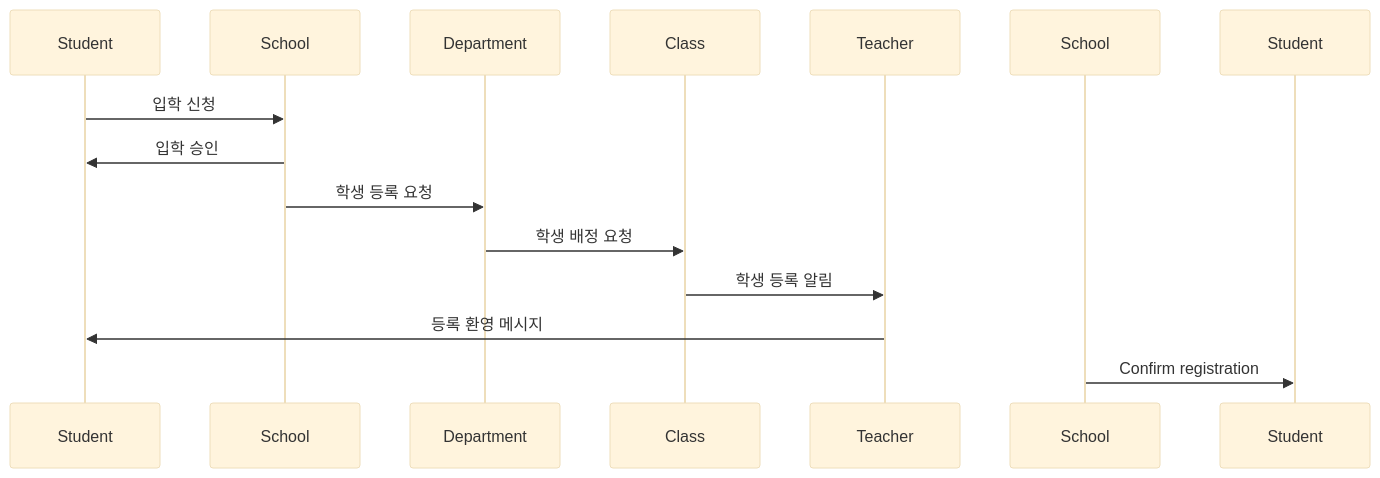
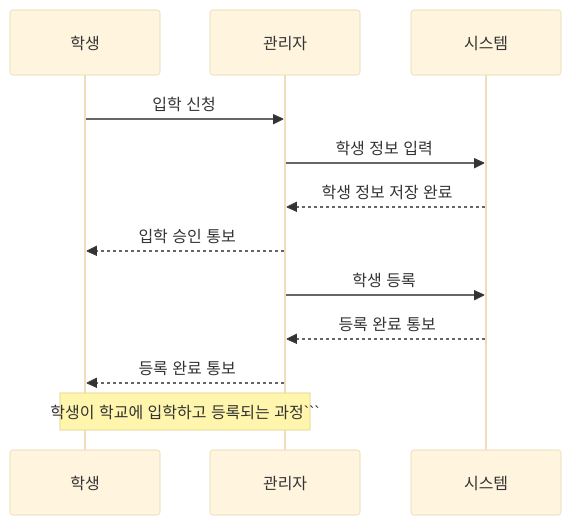
One commit to oasishun/book-ai-pair-programming changed the third of 3 diagrams in 07/README.md. Above: the diagram before and after it, drawn with Mermaid (base theme). The commit also changed other lines of this file and 3 other files, not shown here.

````diff
--- a/07/README.md
+++ b/07/README.md
@@ -77,15 +98,16 @@
 ```mermaid
 sequenceDiagram
-    participant 학생 as Student
-    participant 학교 as School
-    participant 학과 as Department
-    participant 학급 as Class
-    participant 선생님 as Teacher
-    학생->>학교: 입학 신청
-    학교->>학생: 입학 승인
-    학교->>학과: 학생 등록 요청
-    학과->>학급: 학생 배정 요청
-    학급->>선생님: 학생 등록 알림
-    선생님->>학생: 등록 환영 메시지
-    School->>Student: Confirm registration
+    participant Student as 학생
+    participant Admin as 관리자
+    participant System as 시스템
+
+    Student->>Admin: 입학 신청
+    Admin->>System: 학생 정보 입력
+    System-->>Admin: 학생 정보 저장 완료
+    Admin-->>Student: 입학 승인 통보
+    Admin->>System: 학생 등록
+    System-->>Admin: 등록 완료 통보
+    Admin-->>Student: 등록 완료 통보
+
+    note over Student,Admin: 학생이 학교에 입학하고 등록되는 과정```
 ```
````
